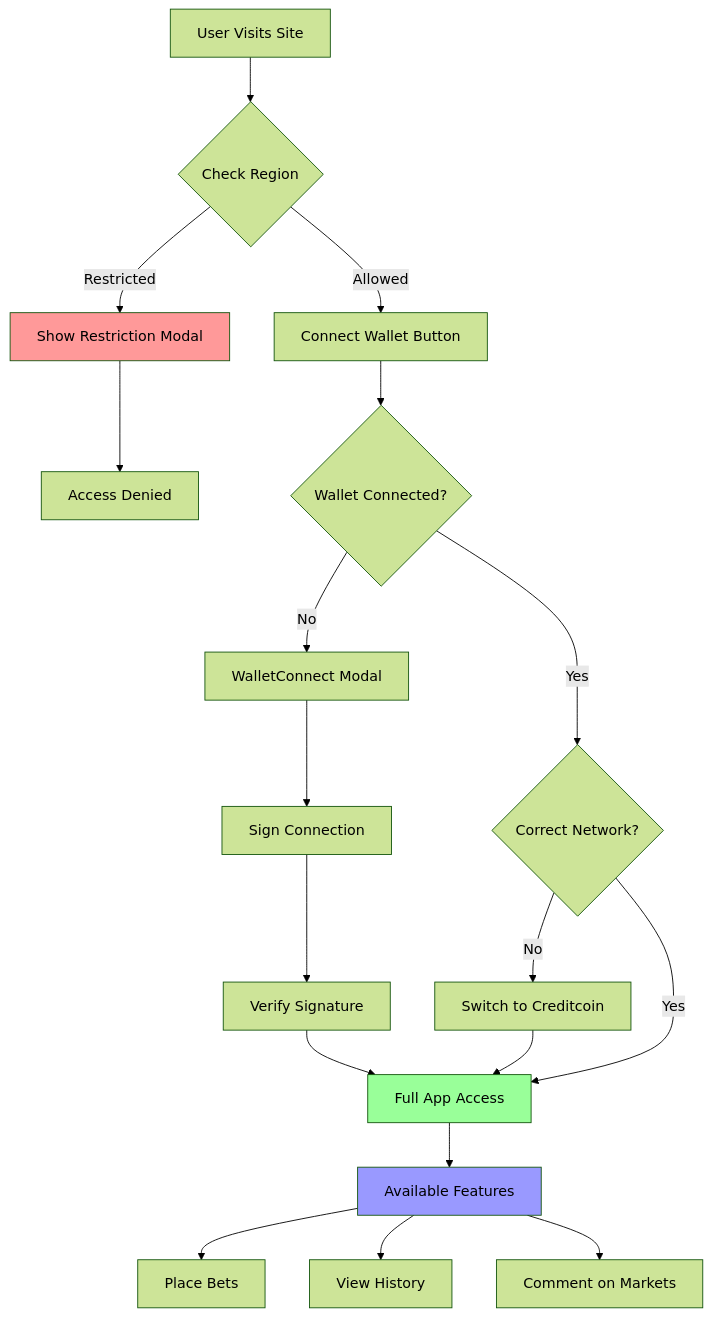
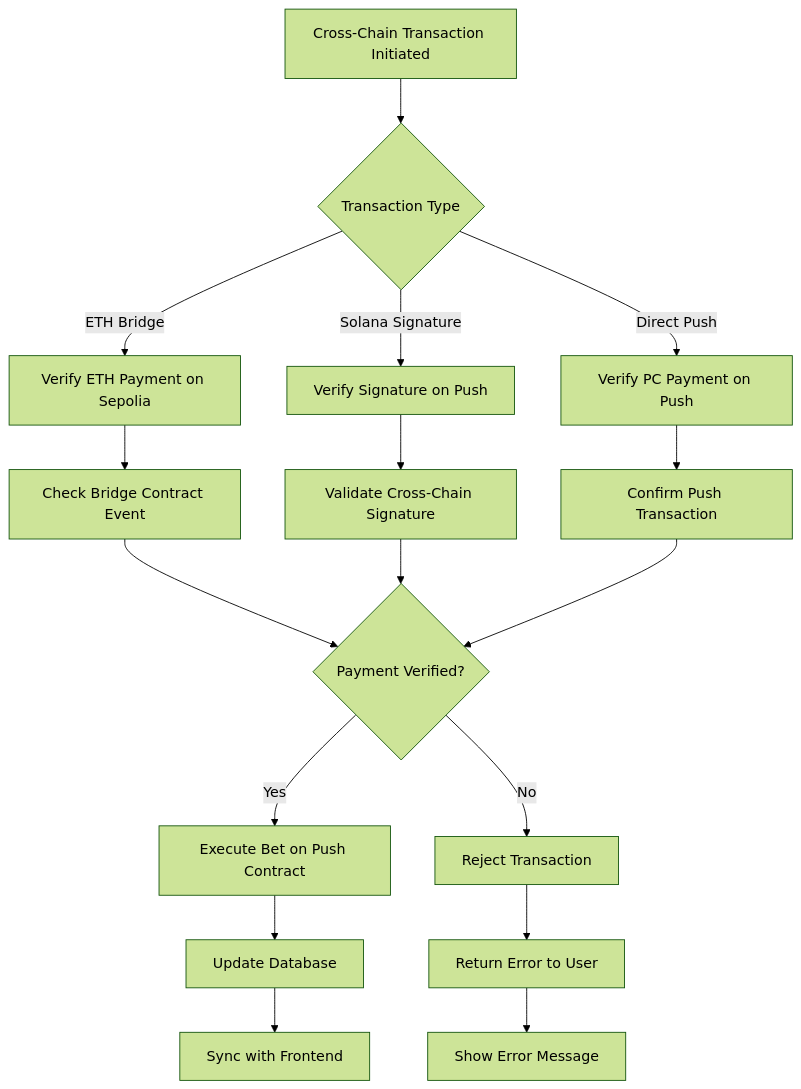
One commit to enliven17/push-predict changed the seventh of 10 diagrams in diagrams.md. Above: the diagram before and after it, drawn with Mermaid (forest theme). The commit also changed other lines of this file and 19 other files, not shown here.

````diff
--- a/diagrams.md
+++ b/diagrams.md
@@ -162,29 +223,25 @@
 ```mermaid
-flowchart TD
-    User[User Visits Site] --> Region{Check Region}
-    Region -->|Restricted| Block[Show Restriction Modal]
-    Region -->|Allowed| Connect[Connect Wallet Button]
+graph TD
+    A[Cross-Chain Transaction Initiated] --> B{Transaction Type}
     
-    Connect --> Wallet{Wallet Connected?}
-    Wallet -->|No| WalletConnect[WalletConnect Modal]
-    WalletConnect --> Sign[Sign Connection]
-    Sign --> Verify[Verify Signature]
+    B -->|ETH Bridge| C[Verify ETH Payment on Sepolia]
+    B -->|Solana Signature| D[Verify Signature on Push]
+    B -->|Direct Push| E[Verify PC Payment on Push]
     
-    Wallet -->|Yes| CheckNetwork{Correct Network?}
-    CheckNetwork -->|No| Switch[Switch to Creditcoin]
-    CheckNetwork -->|Yes| Access[Full App Access]
+    C --> F[Check Bridge Contract Event]
+    D --> G[Validate Cross-Chain Signature]
+    E --> H[Confirm Push Transaction]
     
-    Verify --> Access
-    Switch --> Access
+    F --> I{Payment Verified?}
+    G --> I
+    H --> I
     
-    Access --> Features[Available Features]
-    Features --> PlaceBets[Place Bets]
-    Features --> ViewHistory[View History]
-    Features --> Comment[Comment on Markets]
+    I -->|Yes| J[Execute Bet on Push Contract]
+    I -->|No| K[Reject Transaction]
     
-    Block --> End[Access Denied]
+    J --> L[Update Database]
+    K --> M[Return Error to User]
     
-    style Block fill:#ff9999
-    style Access fill:#99ff99
-    style Features fill:#9999ff
+    L --> N[Sync with Frontend]
+    M --> O[Show Error Message]
 ```
````
